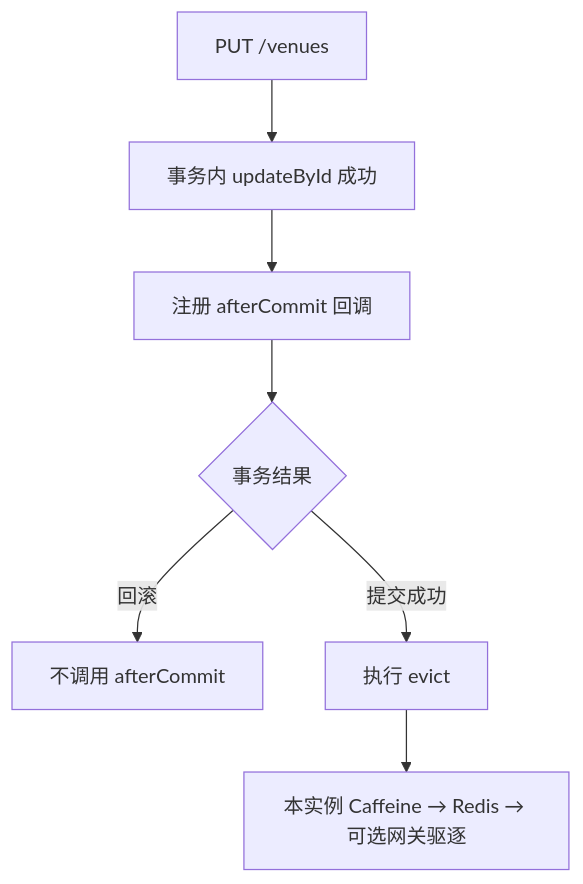
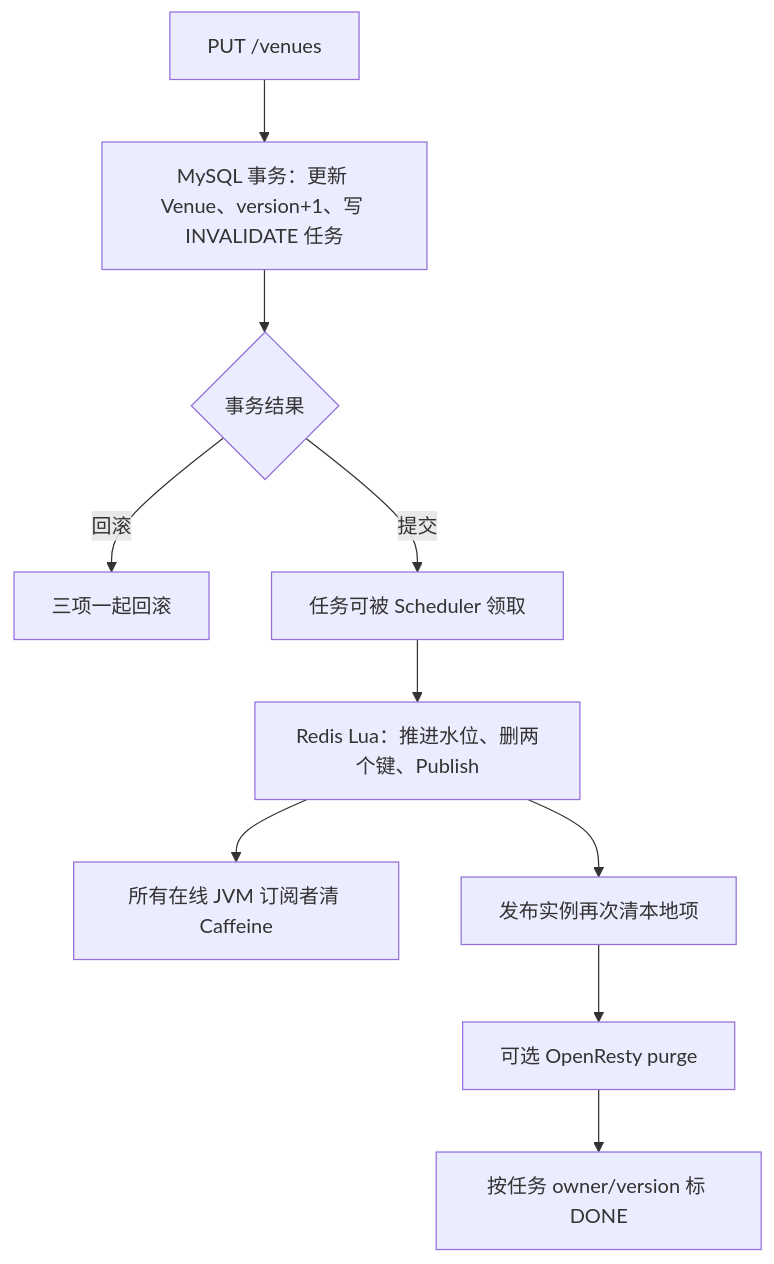
The tenth of 13 diagrams in 04-最终一致性与缓存治理.md (SyH-101/citypass-platform), drawn with Mermaid before and after one commit. The commit also changed other lines of this file and 1 other file, not shown here.

````diff
--- a/04-最终一致性与缓存治理.md
+++ b/04-最终一致性与缓存治理.md
@@ -932,9 +905,12 @@
 ```mermaid
 flowchart TD
-    A["PUT /venues"] --> B["事务内 updateById 成功"]
-    B --> C["注册 afterCommit 回调"]
-    C --> D{"事务结果"}
-    D -->|回滚| E["不调用 afterCommit"]
-    D -->|提交成功| F["执行 evict"]
-    F --> G["本实例 Caffeine → Redis → 可选网关驱逐"]
+    A["PUT /venues"] --> B["MySQL 事务：更新 Venue、version+1、写 INVALIDATE 任务"]
+    B --> C{"事务结果"}
+    C -->|回滚| D["三项一起回滚"]
+    C -->|提交| E["任务可被 Scheduler 领取"]
+    E --> F["Redis Lua：推进水位、删两个键、Publish"]
+    F --> G["所有在线 JVM 订阅者清 Caffeine"]
+    F --> H["发布实例再次清本地项"]
+    H --> I["可选 OpenResty purge"]
+    I --> J["按任务 owner/version 标 DONE"]
 ```
````
